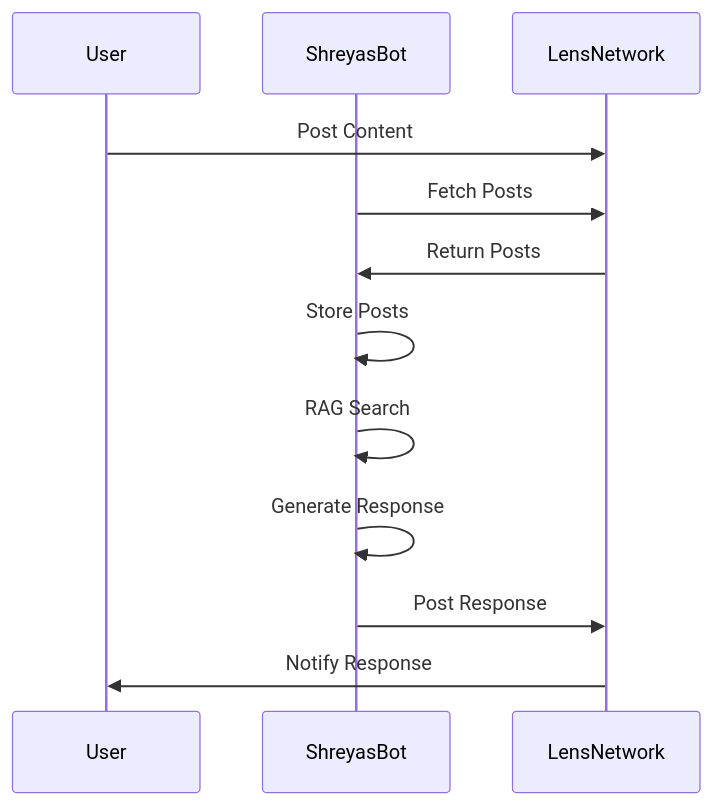
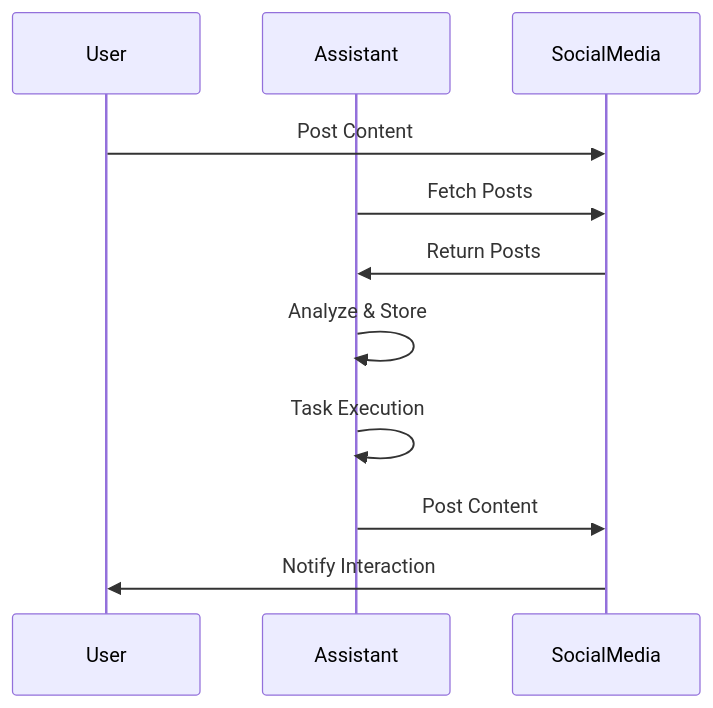
The third of 4 diagrams in README.md (shreyaspapi/holiday-hackathon), drawn with Mermaid before and after one commit. The commit also changed other lines of this file, not shown here.

````diff
--- a/README.md
+++ b/README.md
@@ -67,15 +79,14 @@
 ```mermaid
-sequenceDiagram  
-    participant User  
-    participant ShreyasBot  
-    participant LensNetwork  
-  
-    User->>LensNetwork: Post Content  
-    ShreyasBot->>LensNetwork: Fetch Posts  
-    LensNetwork->>ShreyasBot: Return Posts  
-    ShreyasBot->>ShreyasBot: Store Posts  
-    ShreyasBot->>ShreyasBot: RAG Search  
-    ShreyasBot->>ShreyasBot: Generate Response  
-    ShreyasBot->>LensNetwork: Post Response  
-    LensNetwork->>User: Notify Response  
+sequenceDiagram
+    participant User
+    participant Assistant
+    participant SocialMedia
+
+    User->>SocialMedia: Post Content
+    Assistant->>SocialMedia: Fetch Posts
+    SocialMedia->>Assistant: Return Posts
+    Assistant->>Assistant: Analyze & Store
+    Assistant->>Assistant: Task Execution
+    Assistant->>SocialMedia: Post Content
+    SocialMedia->>User: Notify Interaction
 ```
````
